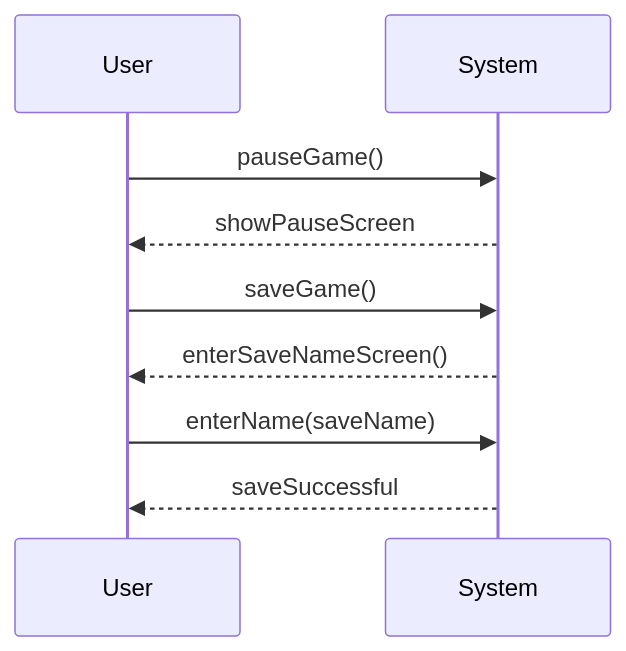
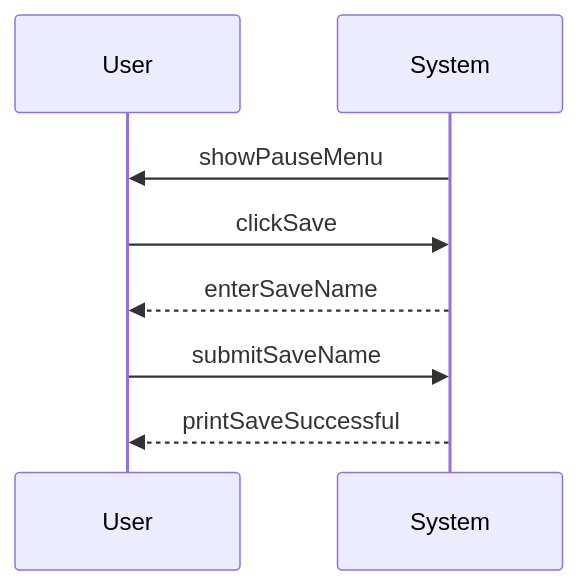
The diagram in system-sequence-diagrams/Save the game.md (Shamdan17/Bricking_Bad), drawn with Mermaid before and after one commit. The commit also changed other lines of this file and 12 other files, not shown here.

````diff
--- a/system-sequence-diagrams/Save the game.md
+++ b/system-sequence-diagrams/Save the game.md
@@ -3,12 +3,11 @@
 ```mermaid
 sequenceDiagram
 participant User
 participant System
-User->> System: pauseGame()
-System-->>User: showPauseScreen
-User->> System: saveGame()
-System-->>User: enterSaveNameScreen()
-User->> System: enterName(saveName)
-System-->>User: saveSuccessful
+System->> User: showPauseMenu
+User->> System: clickSave
+System-->>User: enterSaveName
+User->> System: submitSaveName
+System-->>User: printSaveSuccessful
 
 ```
````
